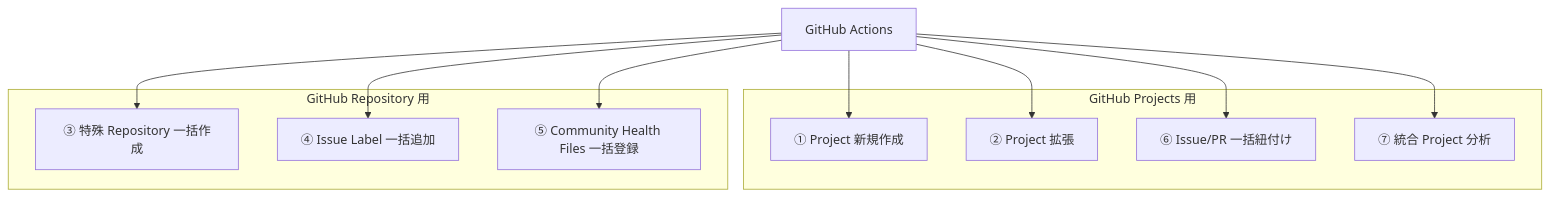
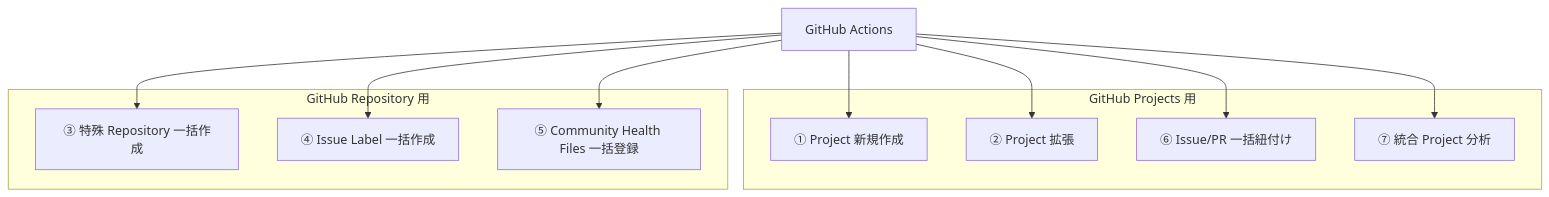
The diagram in docs/reference/developers.md (lurest-inc/github-projects-ops-kit), drawn with Mermaid before and after one commit. The commit also changed other lines of this file and 15 other files, not shown here.

````diff
--- a/docs/reference/developers.md
+++ b/docs/reference/developers.md
@@ -22,25 +22,25 @@
 ```mermaid
 flowchart TD
     root["GitHub Actions"]
 
     root --> A
     root --> B
     root --> G
     root --> C
     root --> E
     root --> D
     root --> F
 
     subgraph projects ["GitHub Projects 用"]
         A["① Project 新規作成"]
         B["② Project 拡張"]
         D["⑥ Issue/PR 一括紐付け"]
         F["⑦ 統合 Project 分析"]
     end
 
     subgraph repos ["GitHub Repository 用"]
         G["③ 特殊 Repository 一括作成"]
-        C["④ Issue Label 一括追加"]
+        C["④ Issue Label 一括作成"]
         E["⑤ Community Health Files 一括登録"]
     end
 ```
````
